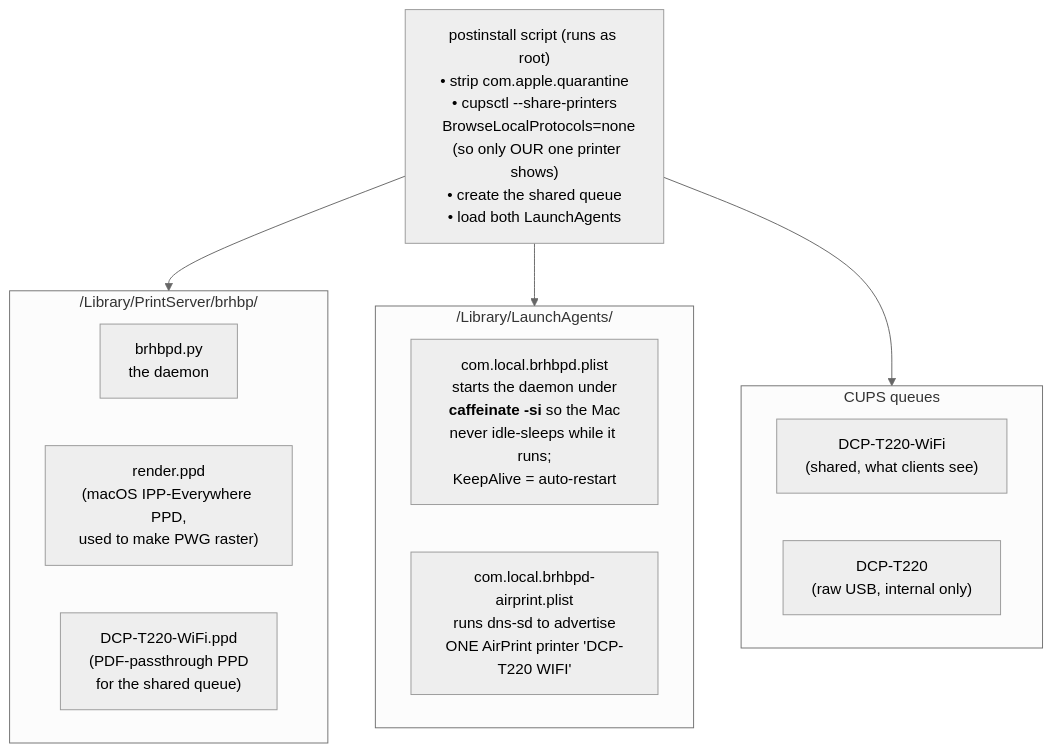
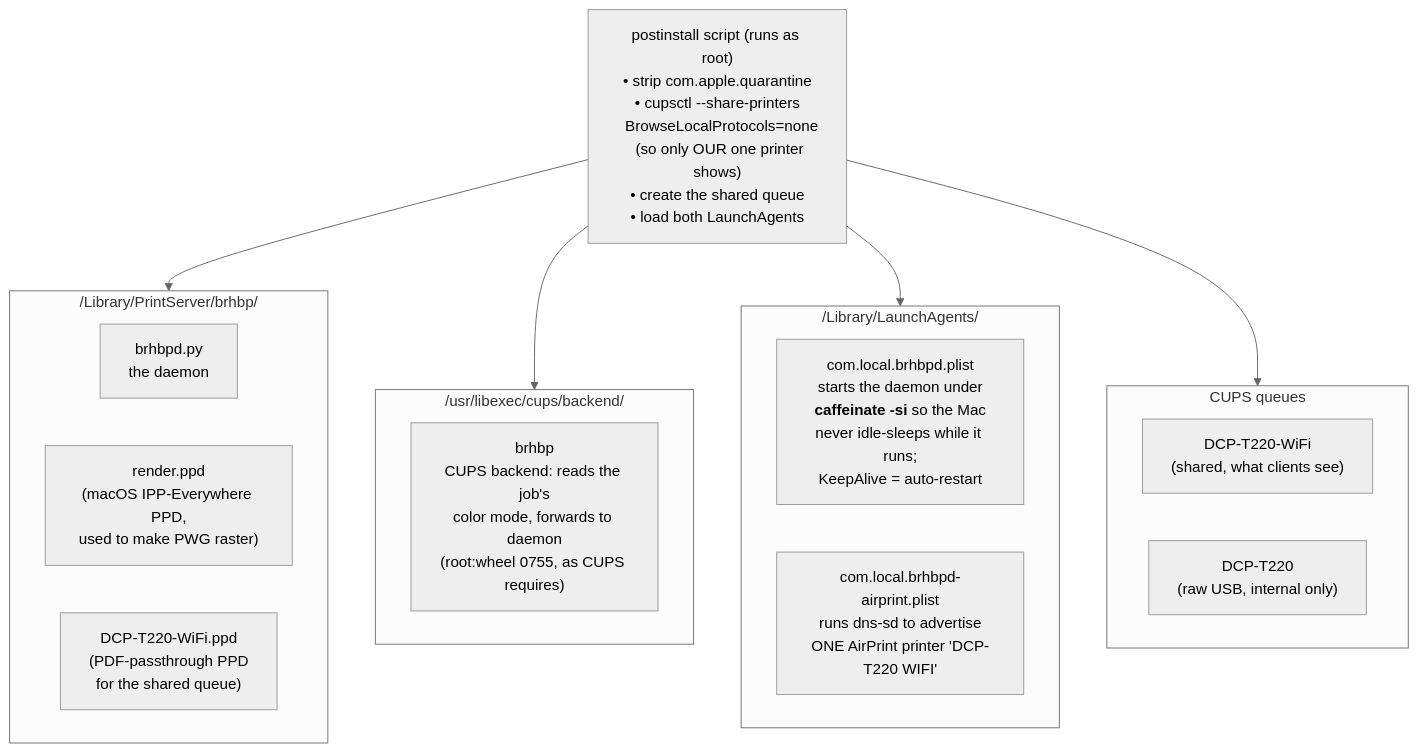
One commit to chungminhtu/brother-t220-wifi changed the fourth of 4 diagrams in README.md. Above: the diagram before and after it, drawn with Mermaid (neutral theme). The commit also changed other lines of this file and 4 other files, not shown here.

````diff
--- a/README.md
+++ b/README.md
@@ -170,24 +185,29 @@
 ```mermaid
 flowchart TB
     subgraph lib["/Library/PrintServer/brhbp/"]
         py["brhbpd.py<br/>the daemon"]
         r1["render.ppd<br/>(macOS IPP-Everywhere PPD,<br/>used to make PWG raster)"]
         r2["DCP-T220-WiFi.ppd<br/>(PDF-passthrough PPD<br/>for the shared queue)"]
+    end
+
+    subgraph be["/usr/libexec/cups/backend/"]
+        bk["brhbp<br/>CUPS backend: reads the job's<br/>color mode, forwards to daemon<br/>(root:wheel 0755, as CUPS requires)"]
     end
 
     subgraph agents["/Library/LaunchAgents/"]
         a1["com.local.brhbpd.plist<br/>starts the daemon under<br/><b>caffeinate -si</b> so the Mac<br/>never idle-sleeps while it runs;<br/>KeepAlive = auto-restart"]
         a2["com.local.brhbpd-airprint.plist<br/>runs dns-sd to advertise<br/>ONE AirPrint printer 'DCP-T220 WIFI'"]
     end
 
     subgraph cupsq["CUPS queues"]
         q1["DCP-T220-WiFi<br/>(shared, what clients see)"]
         q2["DCP-T220<br/>(raw USB, internal only)"]
     end
 
     pi["postinstall script (runs as root)<br/>• strip com.apple.quarantine<br/>• cupsctl --share-printers<br/>&nbsp;&nbsp;BrowseLocalProtocols=none<br/>&nbsp;&nbsp;(so only OUR one printer shows)<br/>• create the shared queue<br/>• load both LaunchAgents"]
 
     pi --> lib
+    pi --> be
     pi --> agents
     pi --> cupsq
 ```
````
